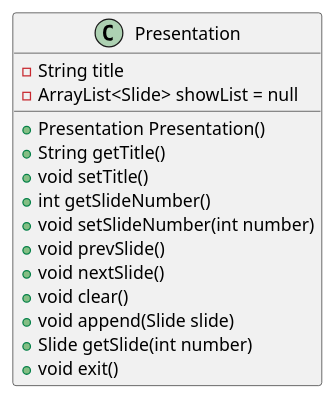
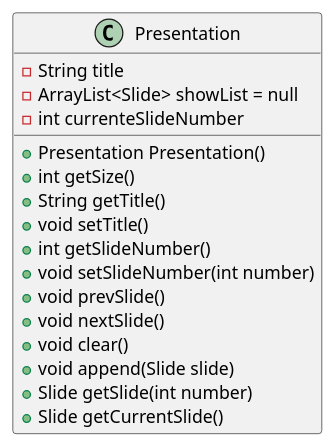
One commit to kvojps/estudo-uml changed the diagram in jabberPoint/diagramaClasses/Presentation.puml. Above: the diagram before and after it, drawn with PlantUML. The commit also changed 1 other file, not shown here.

Commit message:
Diagramas de classes JabberPoint

```diff
--- a/jabberPoint/diagramaClasses/Presentation.puml
+++ b/jabberPoint/diagramaClasses/Presentation.puml
@@ -1,18 +1,20 @@
 @startuml presentation
     class Presentation {
         - String title
         - ArrayList<Slide> showList = null
+        - int currenteSlideNumber
 
         + Presentation Presentation()
+        + int getSize()
         + String getTitle()
         + void setTitle()
         + int getSlideNumber()
         + void setSlideNumber(int number)
         + void prevSlide()
         + void nextSlide()
         + void clear()
         + void append(Slide slide)
         + Slide getSlide(int number)
-        + void exit()
+        + Slide getCurrentSlide()
     }
 @enduml
```
